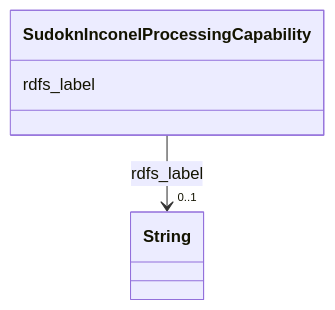
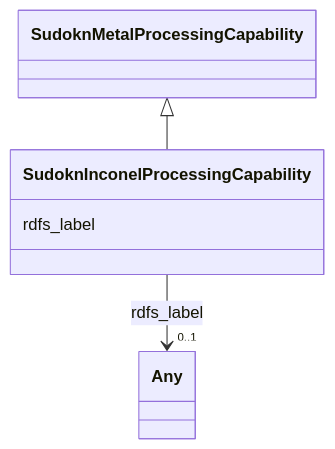
The diagram in sudokn-kg/classes/SudoknInconelProcessingCapability.md (frink-okn/graph-descriptions), drawn with Mermaid before and after one commit. The commit also changed other lines of this file and 903 other files, not shown here.

````diff
--- a/sudokn-kg/classes/SudoknInconelProcessingCapability.md
+++ b/sudokn-kg/classes/SudoknInconelProcessingCapability.md
@@ -23,15 +18,18 @@
 ```mermaid
  classDiagram
     class SudoknInconelProcessingCapability
     click SudoknInconelProcessingCapability href "../SudoknInconelProcessingCapability"
+      SudoknMetalProcessingCapability <|-- SudoknInconelProcessingCapability
+        click SudoknMetalProcessingCapability href "../SudoknMetalProcessingCapability"
+      
       SudoknInconelProcessingCapability : rdfs_label
         
           
     
     
-    SudoknInconelProcessingCapability --> "0..1" String : rdfs_label
-    click String href "../String"
+    SudoknInconelProcessingCapability --> "0..1" Any : rdfs_label
+    click Any href "../Any"
 
         
       
 ```
````
